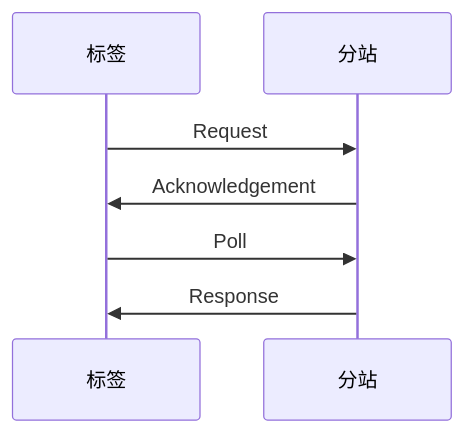
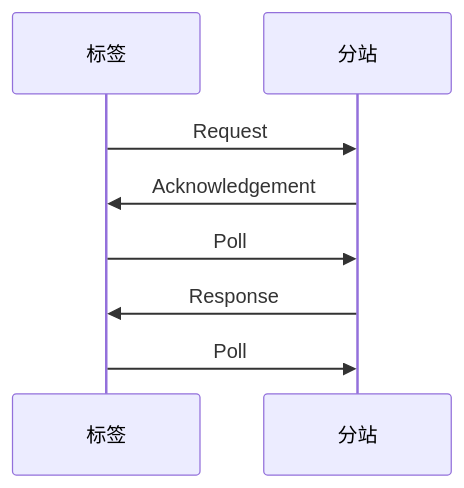
Before and after one commit to geek-zhao/iodraw-files: the diagram in all/未命名.md, drawn with Mermaid.

Commit message:
2024-08-17 13:56:00 update

````diff
--- a/all/未命名.md
+++ b/all/未命名.md
@@ -1,8 +1,8 @@
 ```mermaid
 sequenceDiagram
     标签->>分站: Request
     分站->>标签: Acknowledgement
     标签->>分站: Poll
     分站->>标签: Response
-            
+    标签->>分站: Poll        
 ```
````
